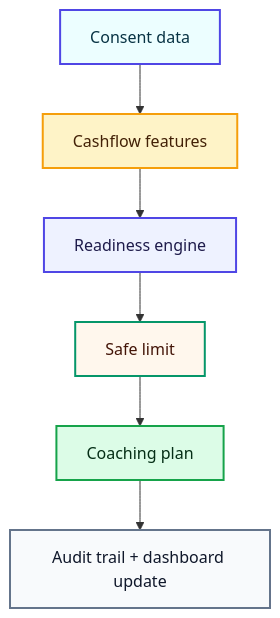
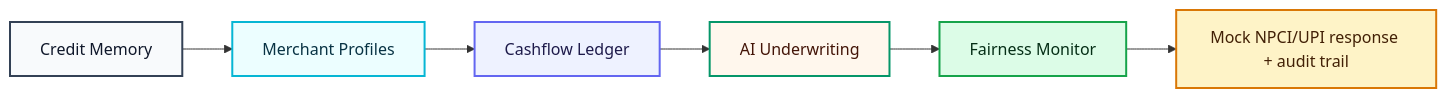
The first of 3 diagrams in docs/DIAGRAMS.md (jprbom/cashflow-memory-for-bharat), drawn with Mermaid before and after one commit. The commit also changed other lines of this file and 15 other files, not shown here.

Commit message:
feat: wire working demo flows and mock UPI rail

```diff
--- a/docs/DIAGRAMS.md
+++ b/docs/DIAGRAMS.md
@@ -13,15 +13,15 @@
 ~~~mermaid
-flowchart TD
-  A["Consent data"]:::start --> B["Cashflow features"]:::signal
-  B --> C["Readiness engine"]:::model
-  C --> D["Safe limit"]:::decision
-  D --> E["Coaching plan"]:::output
-  E --> F["Audit trail + dashboard update"]:::audit
+flowchart LR
+  A["Credit Memory"]:::start --> B["Merchant Profiles"]:::signal
+  B --> C["Cashflow Ledger"]:::model
+  C --> D["AI Underwriting"]:::decision
+  D --> E["Fairness Monitor"]:::output
+  E --> F["Mock NPCI/UPI response + audit trail"]:::audit
 
-  classDef start fill:#ecfeff,stroke:#4f46e5,stroke-width:2px,color:#083344
-  classDef signal fill:#fef3c7,stroke:#f59e0b,stroke-width:2px,color:#422006
-  classDef model fill:#eef2ff,stroke:#4f46e5,stroke-width:2px,color:#1e1b4b
+  classDef start fill:#f8fafc,stroke:#334155,stroke-width:2px,color:#0f172a
+  classDef signal fill:#ecfeff,stroke:#06b6d4,stroke-width:2px,color:#083344
+  classDef model fill:#eef2ff,stroke:#6366f1,stroke-width:2px,color:#1e1b4b
   classDef decision fill:#fff7ed,stroke:#059669,stroke-width:2px,color:#431407
   classDef output fill:#dcfce7,stroke:#16a34a,stroke-width:2px,color:#052e16
-  classDef audit fill:#f8fafc,stroke:#64748b,stroke-width:2px,color:#0f172a
+  classDef audit fill:#fef3c7,stroke:#d97706,stroke-width:2px,color:#422006
 ~~~
```
